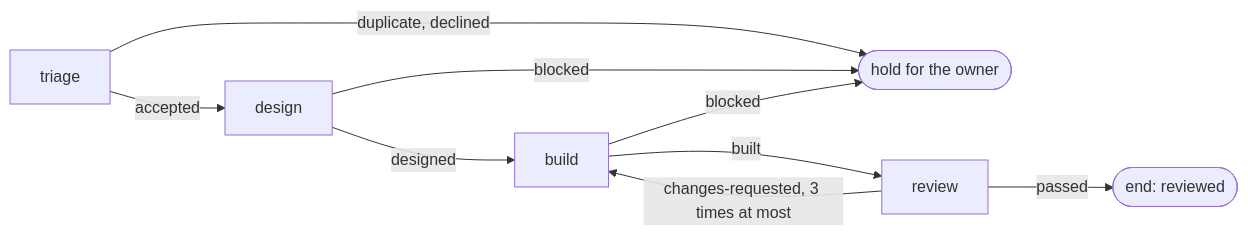
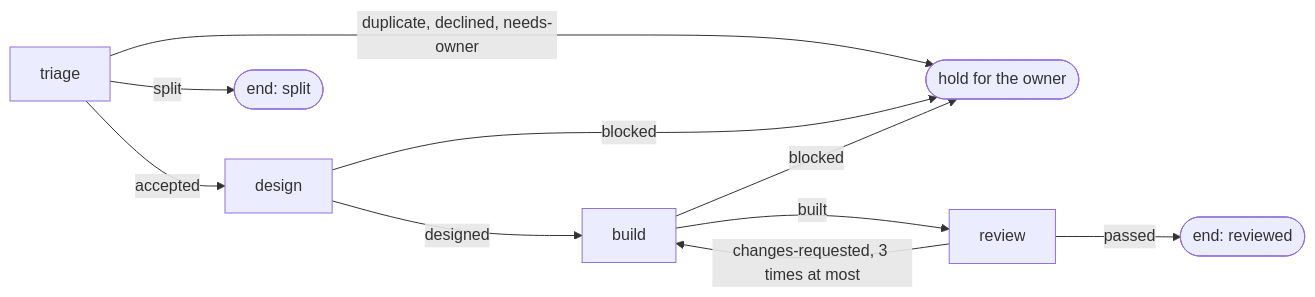
The diagram in docs/design/boxxy/v1.md (zgeoff/boxxy), drawn with Mermaid before and after one commit. The commit also changed other lines of this file and 20 other files, not shown here.

Commit message:
feat(closeout): add needs-owner and split triage outcomes

````diff
--- a/docs/design/boxxy/v1.md
+++ b/docs/design/boxxy/v1.md
@@ -33,11 +33,12 @@
 ```mermaid
 flowchart LR
   triage -->|accepted| design
-  triage -->|"duplicate, declined"| hold(["hold for the owner"])
+  triage -->|"duplicate, declined, needs-owner"| hold(["hold for the owner"])
+  triage -->|split| split(["end: split"])
   design -->|designed| build
   design -->|blocked| hold
   build -->|built| review
   build -->|blocked| hold
   review -->|passed| reviewed(["end: reviewed"])
   review -->|"changes-requested, 3 times at most"| build
 ```
````
